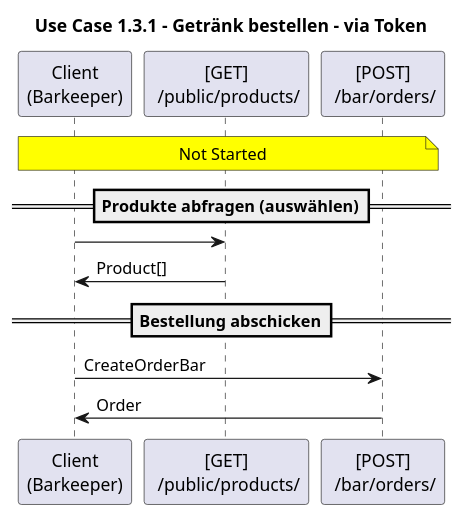
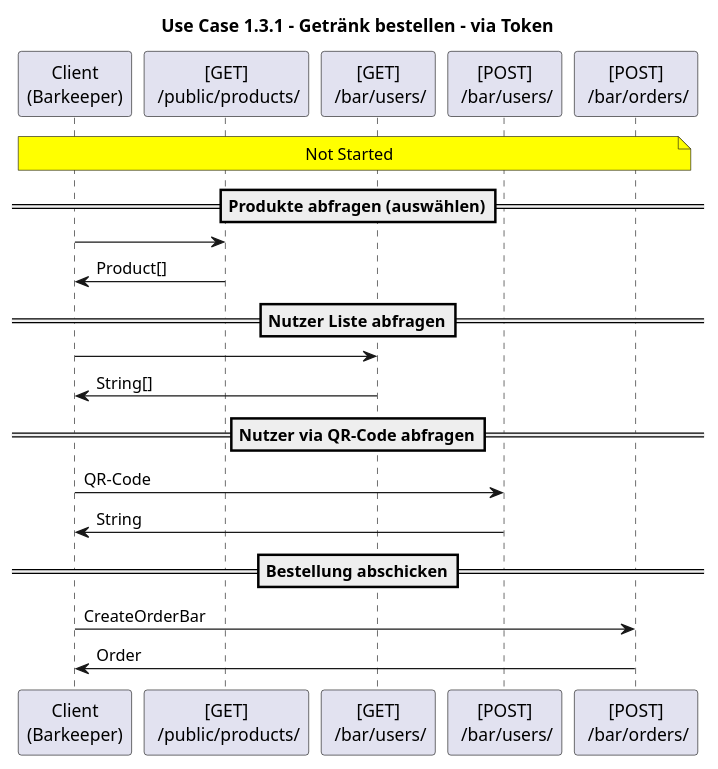
The sixth of 7 diagrams in docs/api-sequence-diagram/UseCase/Use-Case_1.puml (Mankianer/TresenSystem), drawn with PlantUML before and after one commit. The commit also changed other lines of this file, not shown here.

Commit message:
add docs UseCase 1

```diff
--- a/docs/api-sequence-diagram/UseCase/Use-Case_1.puml
+++ b/docs/api-sequence-diagram/UseCase/Use-Case_1.puml
@@ -61,12 +61,20 @@
 @startuml
 title Use Case 1.3.1 - Getränk bestellen - via Token
 note across #yellow: Not Started
 
 ==Produkte abfragen (auswählen)==
 "Client\n(Barkeeper)" -> "[GET]\n /public/products/":
 "Client\n(Barkeeper)" <- "[GET]\n /public/products/": Product[]
 
+==Nutzer Liste abfragen==
+"Client\n(Barkeeper)" -> "[GET]\n /bar/users/":
+"Client\n(Barkeeper)" <- "[GET]\n /bar/users/": String[]
+
+==Nutzer via QR-Code abfragen==
+"Client\n(Barkeeper)" -> "[POST]\n /bar/users/": QR-Code
+"Client\n(Barkeeper)" <- "[POST]\n /bar/users/": String
+
 ==Bestellung abschicken==
 "Client\n(Barkeeper)" -> "[POST]\n /bar/orders/": CreateOrderBar
 "Client\n(Barkeeper)" <- "[POST]\n /bar/orders/": Order
 @enduml
```
